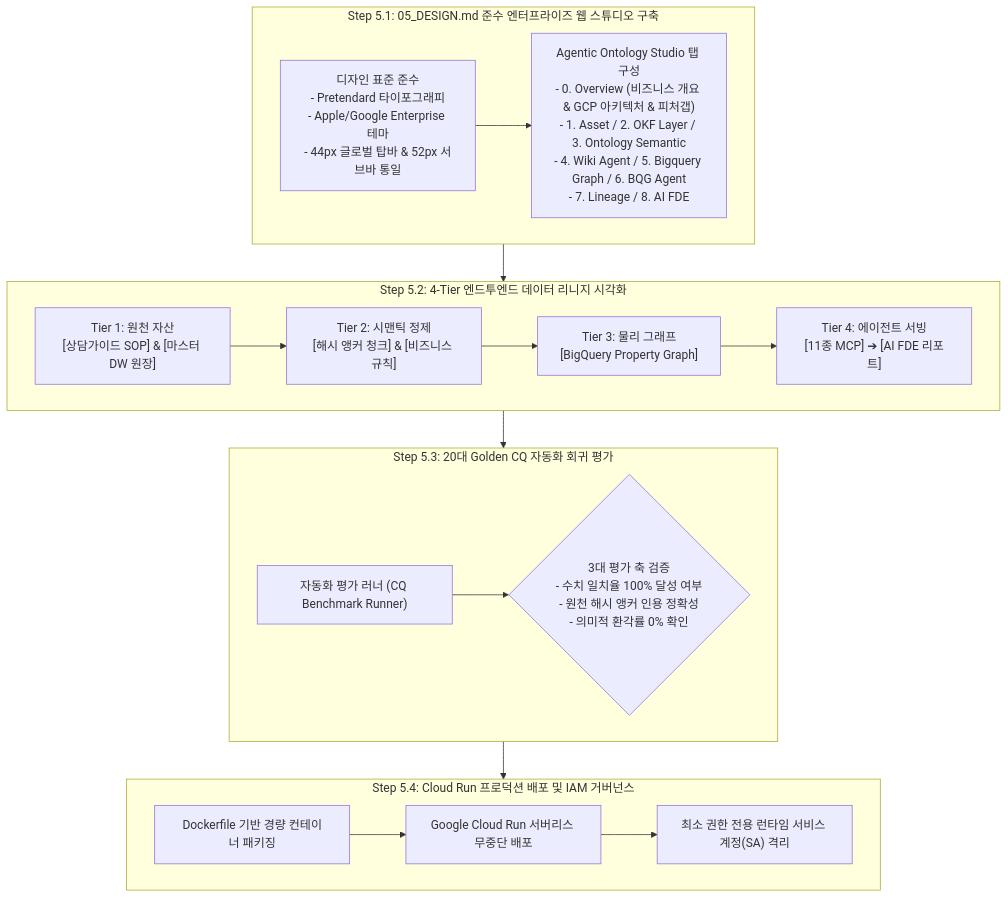
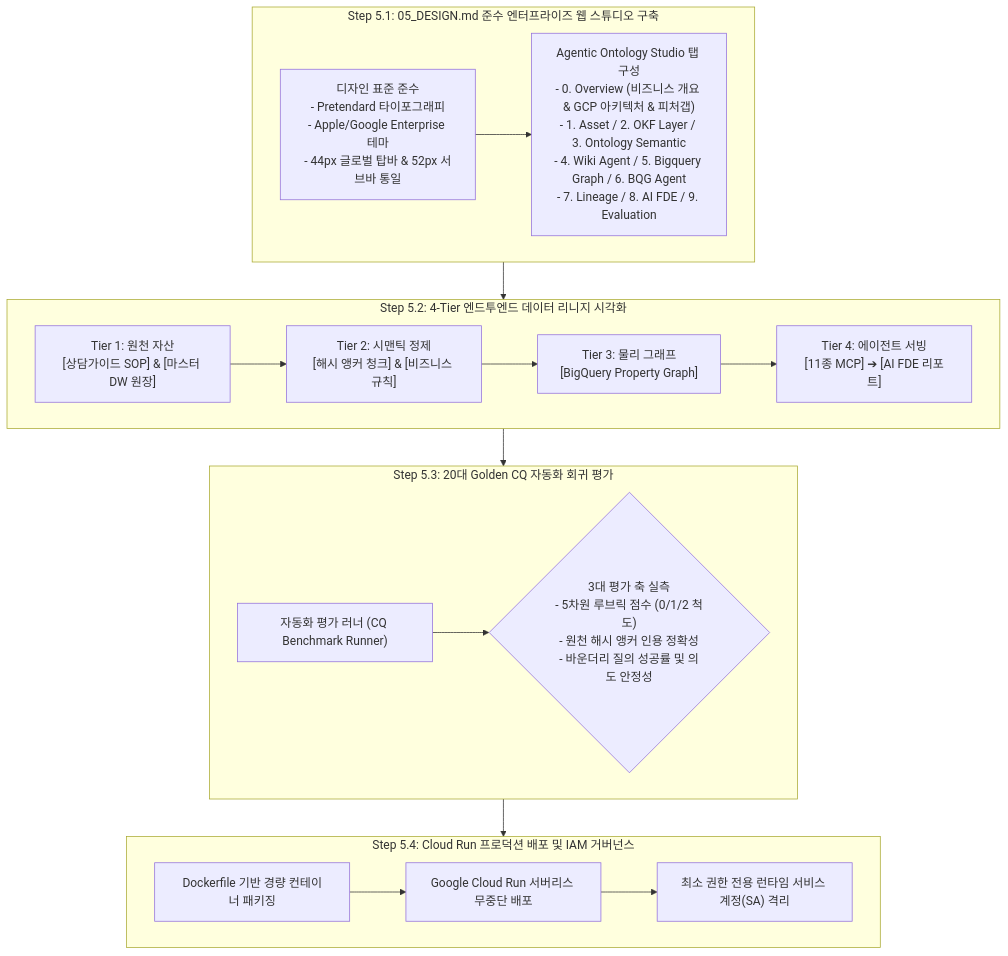
The diagram in methodology/05_enterprise_studio_and_deployment_ko.md (seanjungG/agentic-ontology-starter), drawn with Mermaid before and after one commit. The commit also changed other lines of this file and 13 other files, not shown here.

First line of the commit message:
feat(portal): add 9. Evaluation tab and drive Overview from a swappable portal profile

````diff
--- a/methodology/05_enterprise_studio_and_deployment_ko.md
+++ b/methodology/05_enterprise_studio_and_deployment_ko.md
@@ -14,31 +14,31 @@
 ```mermaid
 flowchart TD
     subgraph Step1 ["Step 5.1: 05_DESIGN.md 준수 엔터프라이즈 웹 스튜디오 구축"]
         DesignToken["디자인 표준 준수<br/>- Pretendard 타이포그래피<br/>- Apple/Google Enterprise 테마<br/>- 44px 글로벌 탑바 & 52px 서브바 통일"]
-        Studios["Agentic Ontology Studio 탭 구성<br/>- 0. Overview (비즈니스 개요 & GCP 아키텍처 & 피처갭)<br/>- 1. Asset / 2. OKF Layer / 3. Ontology Semantic<br/>- 4. Wiki Agent / 5. Bigquery Graph / 6. BQG Agent<br/>- 7. Lineage / 8. AI FDE"]
+        Studios["Agentic Ontology Studio 탭 구성<br/>- 0. Overview (비즈니스 개요 & GCP 아키텍처 & 피처갭)<br/>- 1. Asset / 2. OKF Layer / 3. Ontology Semantic<br/>- 4. Wiki Agent / 5. Bigquery Graph / 6. BQG Agent<br/>- 7. Lineage / 8. AI FDE / 9. Evaluation"]
         DesignToken --> Studios
     end
 
     subgraph Step2 ["Step 5.2: 4-Tier 엔드투엔드 데이터 리니지 시각화"]
         T1["Tier 1: 원천 자산<br/>[상담가이드 SOP] & [마스터 DW 원장]"]
         T2["Tier 2: 시맨틱 정제<br/>[해시 앵커 청크] & [비즈니스 규칙]"]
         T3["Tier 3: 물리 그래프<br/>[BigQuery Property Graph]"]
         T4["Tier 4: 에이전트 서빙<br/>[11종 MCP] ➔ [AI FDE 리포트]"]
         T1 --> T2 --> T3 --> T4
     end
 
     subgraph Step3 ["Step 5.3: 20대 Golden CQ 자동화 회귀 평가"]
         EvalEngine["자동화 평가 러너 (CQ Benchmark Runner)"]
-        Metrics{"3대 평가 축 검증<br/>- 수치 일치율 100% 달성 여부<br/>- 원천 해시 앵커 인용 정확성<br/>- 의미적 환각률 0% 확인"}
+        Metrics{"3대 평가 축 실측<br/>- 5차원 루브릭 점수 (0/1/2 척도)<br/>- 원천 해시 앵커 인용 정확성<br/>- 바운더리 질의 성공률 및 의도 안정성"}
         EvalEngine --> Metrics
     end
 
     subgraph Step4 ["Step 5.4: Cloud Run 프로덕션 배포 및 IAM 거버넌스"]
         Container["Dockerfile 기반 경량 컨테이너 패키징"]
         CloudRun["Google Cloud Run 서버리스 무중단 배포"]
         IAM_Check["최소 권한 전용 런타임 서비스 계정(SA) 격리"]
         Container --> CloudRun --> IAM_Check
     end
 
     Step1 --> Step2 --> Step3 --> Step4
 ```
````
